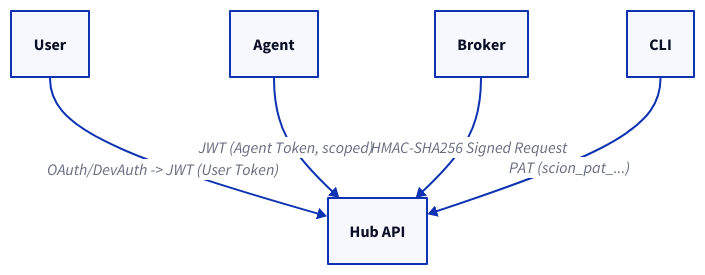
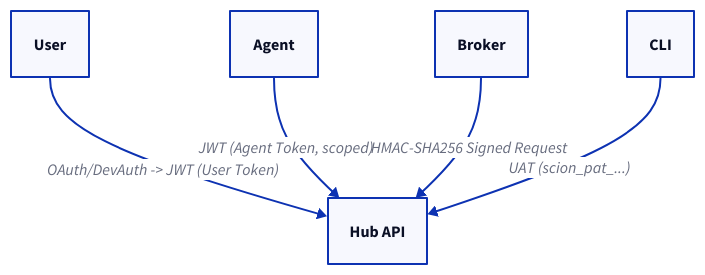
One commit to GoogleCloudPlatform/scion changed the fifth of 6 diagrams in docs-site/src/content/docs/contributing/architecture.md. Above: the diagram before and after it, drawn with D2. The commit also changed other lines of this file and 9 other files, not shown here.

First line of the commit message:
docs(p3): add Managed Agents guide + hosted tier overviews; align PAT->UAT terminology

````diff
--- a/docs-site/src/content/docs/contributing/architecture.md
+++ b/docs-site/src/content/docs/contributing/architecture.md
@@ -533,6 +533,6 @@
 ```d2
 User -> Hub API: OAuth/DevAuth -> JWT (User Token)
 Agent -> Hub API: JWT (Agent Token, scoped)
 Broker -> Hub API: HMAC-SHA256 Signed Request
-CLI -> Hub API: PAT (scion_pat_...)
+CLI -> Hub API: UAT (scion_pat_...)
 ```
````
